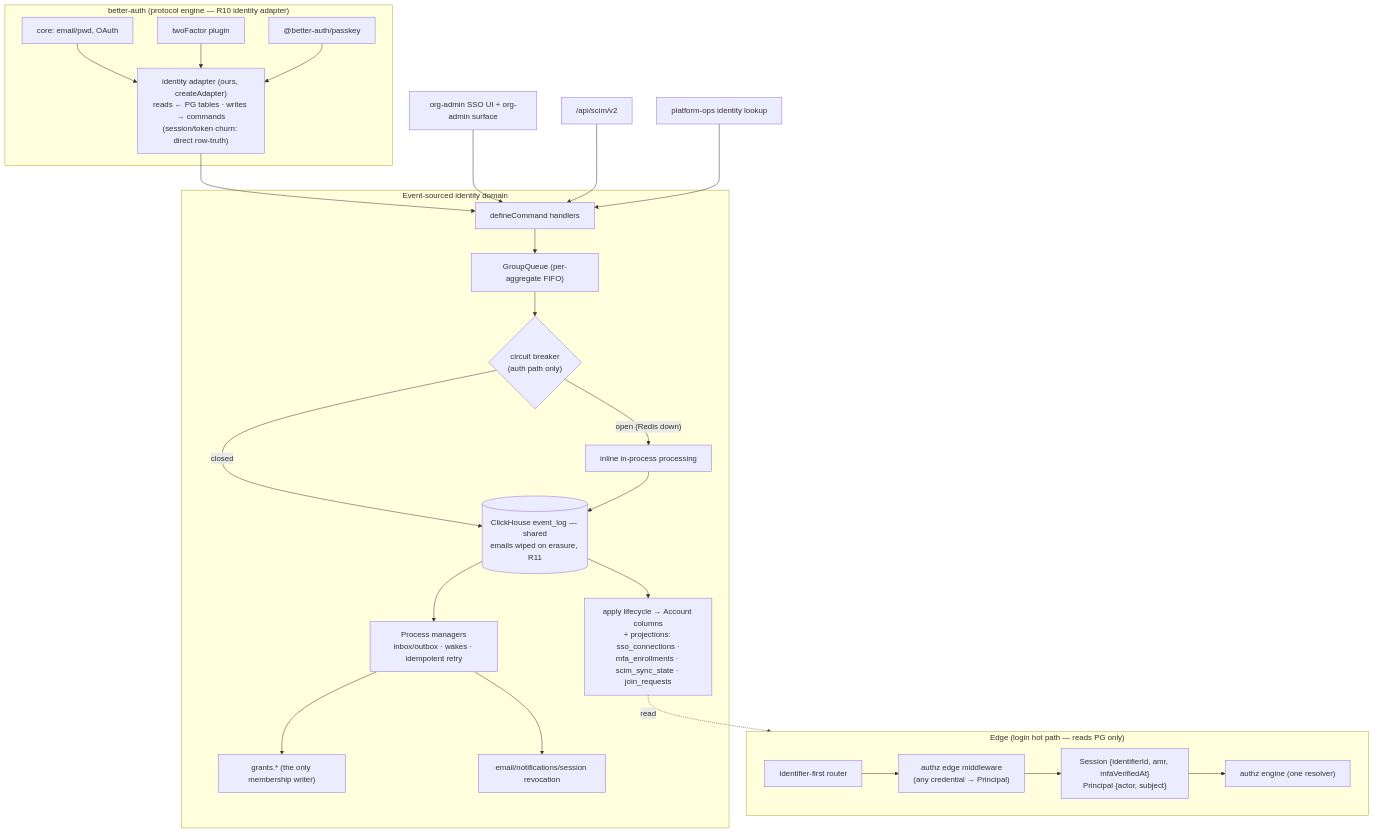
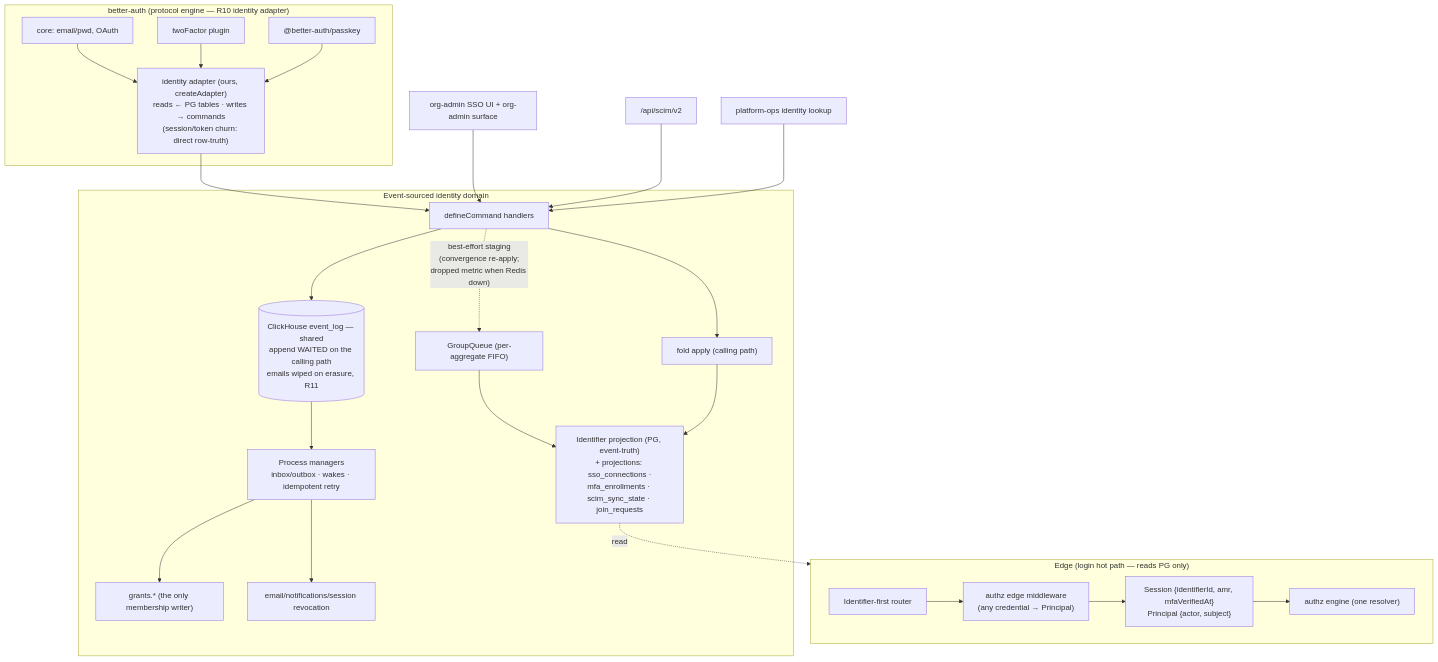
The second of 3 diagrams in dev/docs/identity-platform-redesign.md (langwatch/langwatch), drawn with Mermaid before and after one commit. The commit also changed other lines of this file and 6 other files, not shown here.

First line of the commit message:
docs(identity): re-cut wave 1 to the merged grants shape - Identifier projection table, no doctrine amendments, D02 as Redis-loss doctrine

````diff
--- a/dev/docs/identity-platform-redesign.md
+++ b/dev/docs/identity-platform-redesign.md
@@ -214,36 +214,35 @@
 ```mermaid
 flowchart TB
     subgraph Edge["Edge (login hot path — reads PG only)"]
         R[Identifier-first router] --> MW["authz edge middleware<br/>(any credential → Principal)"]
         MW --> SE["Session {identifierId, amr, mfaVerifiedAt}<br/>Principal {actor, subject}"]
         SE --> EN["authz engine (one resolver)"]
     end
 
     subgraph BA["better-auth (protocol engine — R10 identity adapter)"]
         CORE[core: email/pwd, OAuth]
         TF[twoFactor plugin]
         PK["@better-auth/passkey"]
         IE["identity adapter (ours, createAdapter)<br/>reads ← PG tables · writes → commands<br/>(session/token churn: direct row-truth)"]
         CORE --> IE
         TF --> IE
         PK --> IE
     end
 
     subgraph ES["Event-sourced identity domain"]
-        CMD[defineCommand handlers] --> GQ["GroupQueue (per-aggregate FIFO)"]
-        GQ --> CB{"circuit breaker<br/>(auth path only)"}
-        CB -->|closed| CH[("ClickHouse event_log — shared<br/>emails wiped on erasure, R11")]
-        CB -->|"open (Redis down)"| INLINE[inline in-process processing]
-        INLINE --> CH
-        CH --> PRJ["apply lifecycle → Account columns<br/>+ projections: sso_connections ·<br/>mfa_enrollments · scim_sync_state · join_requests"]
+        CMD[defineCommand handlers] --> CH[("ClickHouse event_log — shared<br/>append WAITED on the calling path<br/>emails wiped on erasure, R11")]
+        CMD --> APPLY["fold apply (calling path)"]
+        CMD -.->|"best-effort staging<br/>(convergence re-apply;<br/>dropped metric when Redis down)"| GQ["GroupQueue (per-aggregate FIFO)"]
+        GQ --> PRJ
+        APPLY --> PRJ["Identifier projection (PG, event-truth)<br/>+ projections: sso_connections ·<br/>mfa_enrollments · scim_sync_state · join_requests"]
         CH --> PM["Process managers<br/>inbox/outbox · wakes · idempotent retry"]
         PM --> GR["grants.* (the only membership writer)"]
         PM --> EXT[email/notifications/session revocation]
     end
 
     IE --> CMD
     UI[org-admin SSO UI + org-admin surface] --> CMD
     SCIM["/api/scim/v2"] --> CMD
     OPS[platform-ops identity lookup] --> CMD
     PRJ -.->|read| Edge
 ```
````
